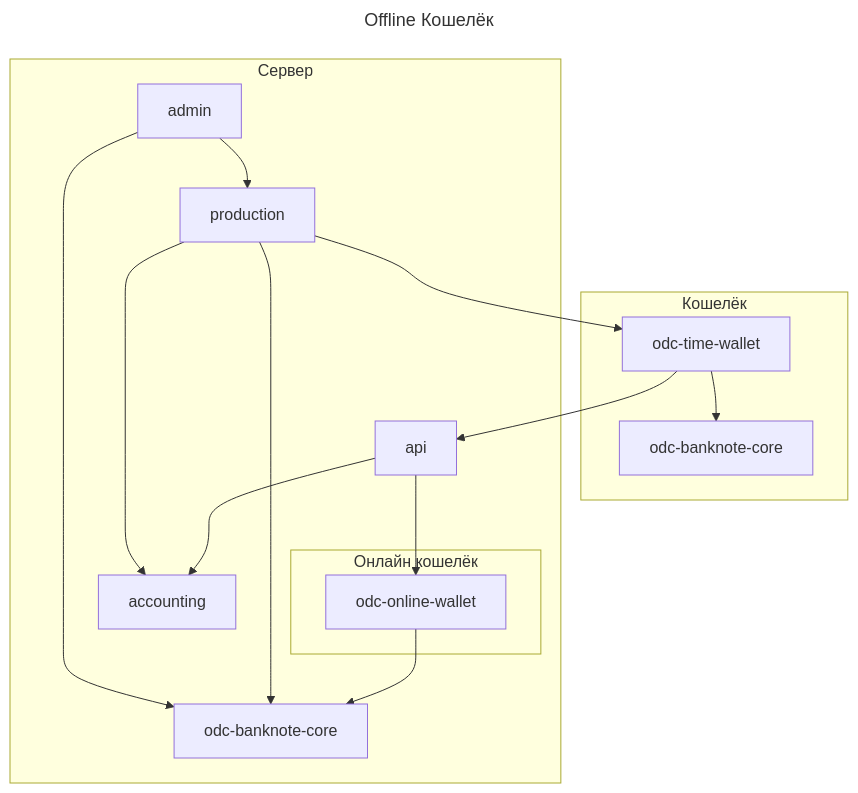
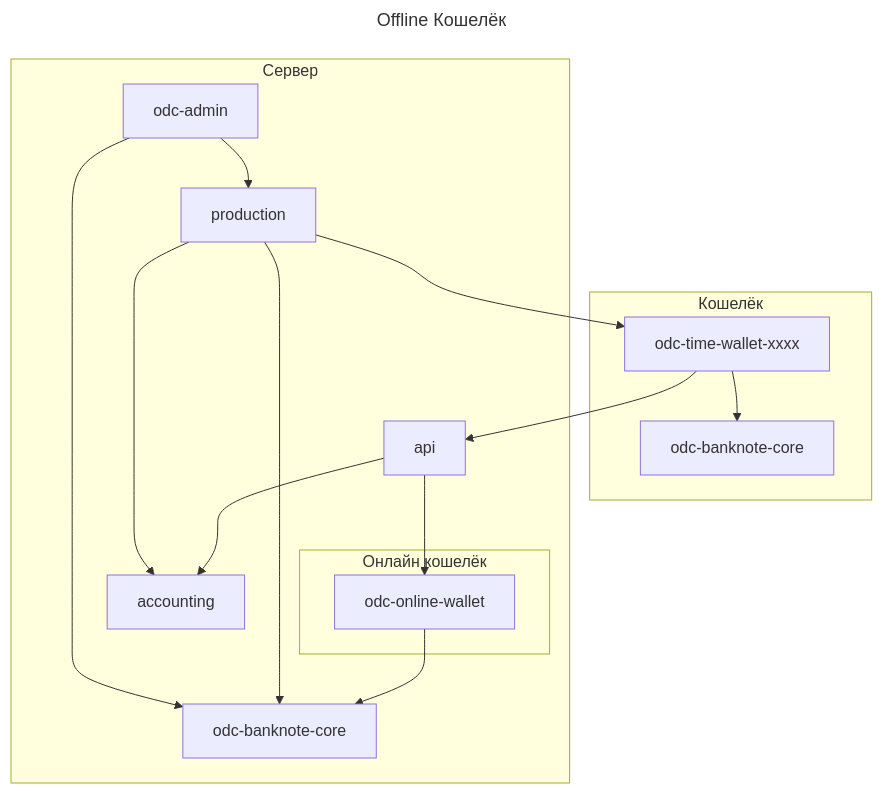
The diagram in docs/timemoney/architecture/index.md (kib-sources/odc-doc), drawn with Mermaid before and after one commit. The commit also changed 18 other files, not shown here.

````diff
--- a/docs/timemoney/architecture/index.md
+++ b/docs/timemoney/architecture/index.md
@@ -20,30 +20,30 @@
 ```mermaid
 ---
 title: Offline Кошелёк
 ---
 flowchart TB
     subgraph Кошелёк
         core-wallet[odc-banknote-core]
-        odc-time-wallet
+        odc-time-wallet[odc-time-wallet-xxxx]
     end
     odc-time-wallet --> core-wallet
     subgraph Сервер 
         core-server[odc-banknote-core]
         api
-        admin
+        admin[odc-admin]
         production
         accounting
         subgraph "Онлайн кошелёк"
             odc-online-wallet
         end
     end
     odc-online-wallet --> core-server
     api --> odc-online-wallet
     admin --> production
     production --> core-server
     production --> odc-time-wallet
     odc-time-wallet --> api
     api --> accounting
     production --> accounting
     admin --> core-server
 ```
````
